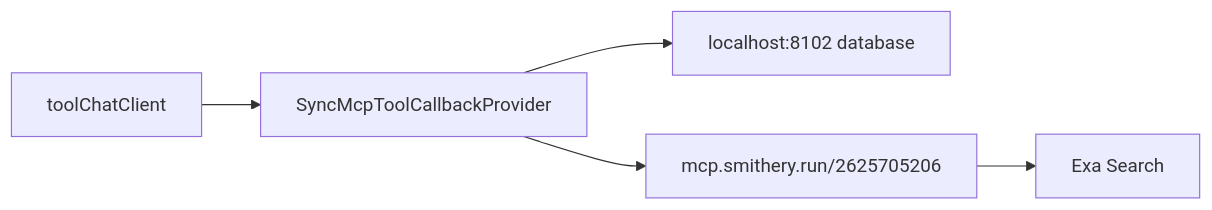
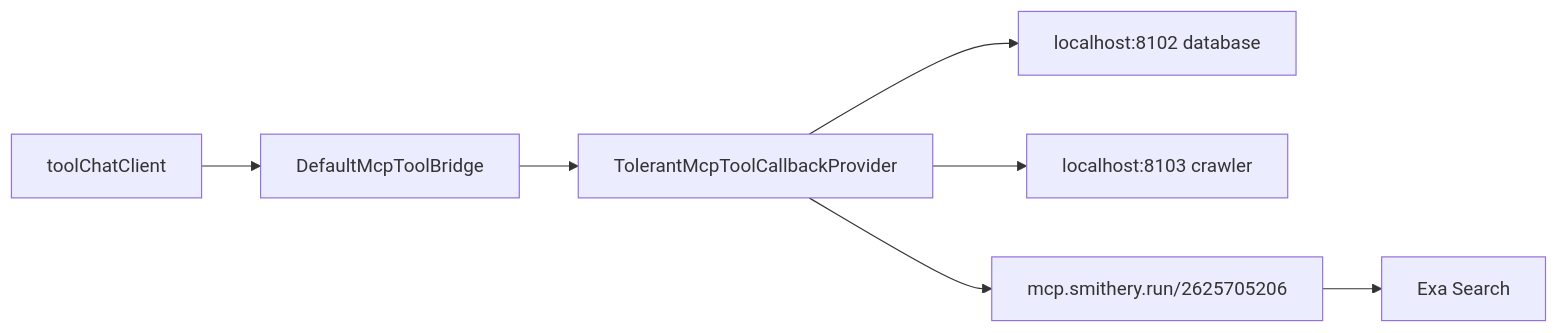
The fourth of 5 diagrams in docs/my-chat项目介绍.md (All1217/My-Chat), drawn with Mermaid before and after one commit. The commit also changed other lines of this file and 12 other files, not shown here.

````diff
--- a/docs/my-chat项目介绍.md
+++ b/docs/my-chat项目介绍.md
@@ -1127,12 +1172,16 @@
 ```mermaid
 flowchart LR
   ChatClient["toolChatClient"]
-  SyncProvider["SyncMcpToolCallbackProvider"]
+  Bridge["DefaultMcpToolBridge"]
+  Tolerant["TolerantMcpToolCallbackProvider"]
   Database["localhost:8102 database"]
+  Crawler["localhost:8103 crawler"]
   Smithery["mcp.smithery.run/2625705206"]
   Exa["Exa Search"]
 
-  ChatClient --> SyncProvider
-  SyncProvider --> Database
-  SyncProvider --> Smithery --> Exa
+  ChatClient --> Bridge
+  Bridge --> Tolerant
+  Tolerant --> Database
+  Tolerant --> Crawler
+  Tolerant --> Smithery --> Exa
 ```
````
